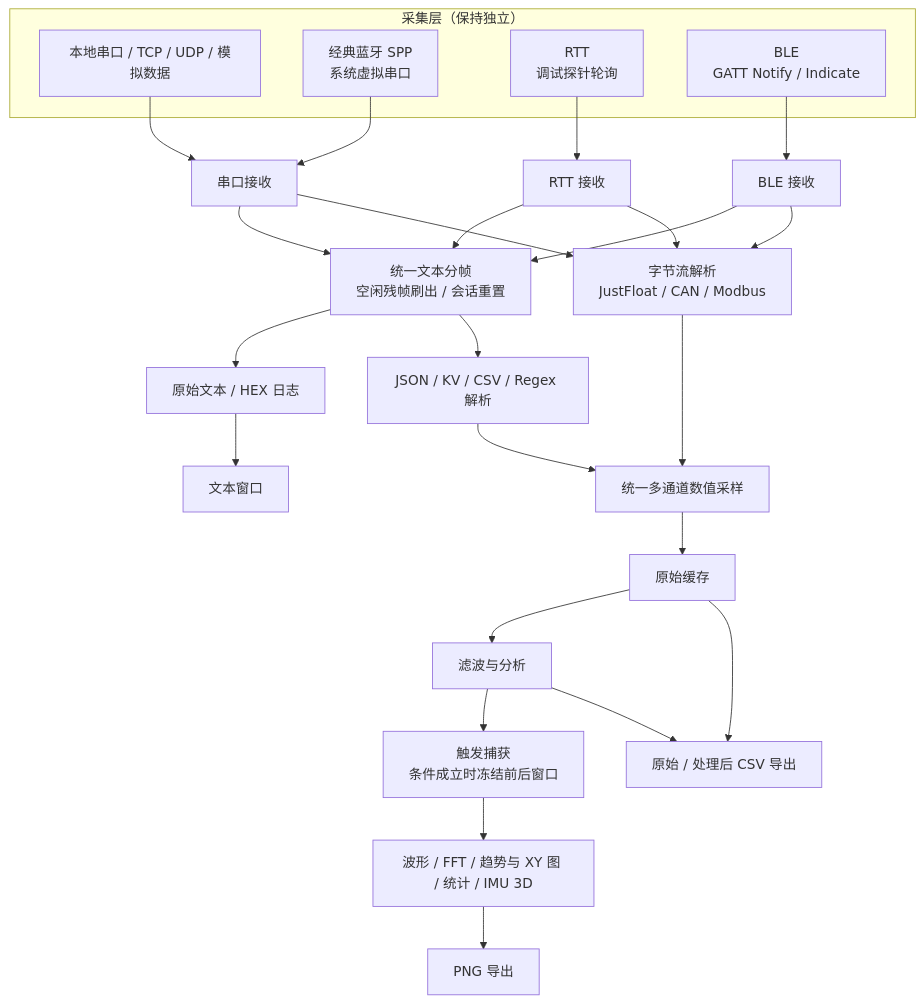
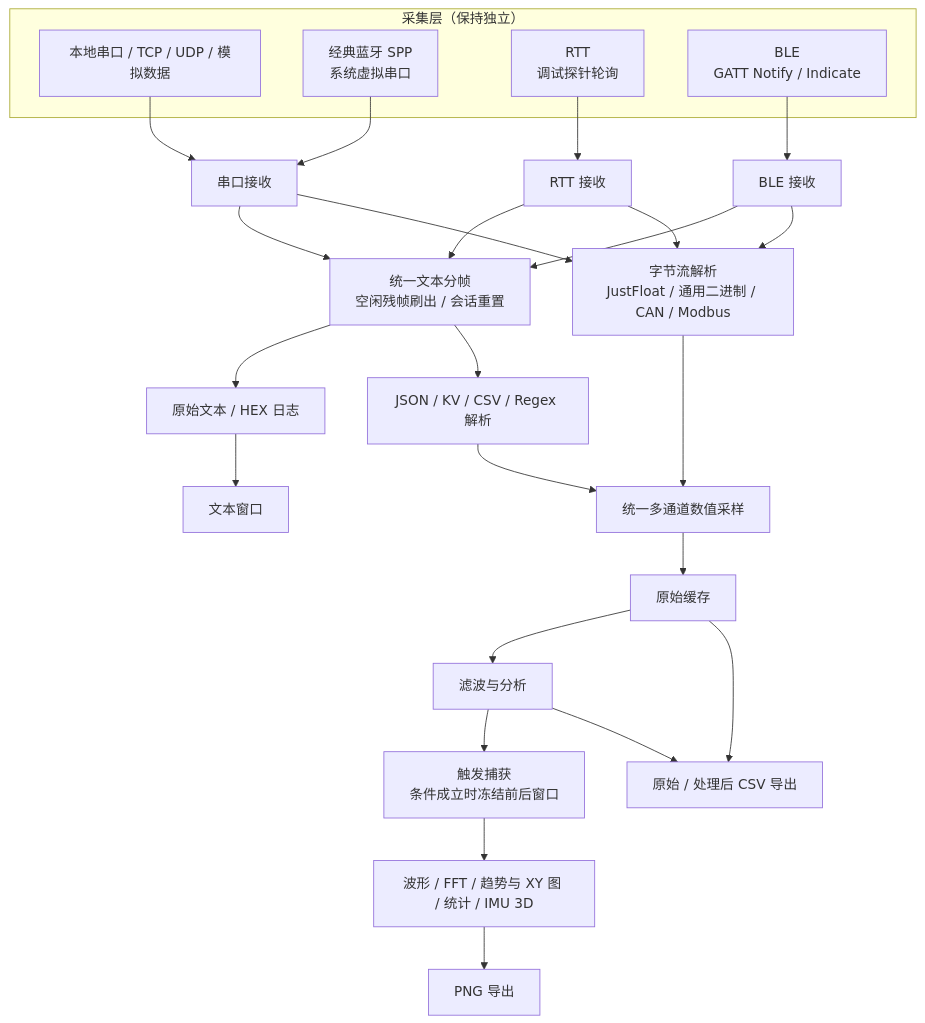
One commit to EmbeddedKitOrg/EK-OmniProbe changed the diagram in README.md. Above: the diagram before and after it, drawn with Mermaid. The commit also changed other lines of this file and 7 other files, not shown here.

````diff
--- a/README.md
+++ b/README.md
@@ -150,35 +153,35 @@
 ```mermaid
 flowchart TB
   subgraph acquisition["采集层（保持独立）"]
     SERIAL["本地串口 / TCP / UDP / 模拟数据"]
     SPP["经典蓝牙 SPP<br/>系统虚拟串口"]
     RTT["RTT<br/>调试探针轮询"]
     BLE["BLE<br/>GATT Notify / Indicate"]
   end
 
   SERIAL --> SERIAL_RX["串口接收"]
   SPP --> SERIAL_RX
   RTT --> RTT_RX["RTT 接收"]
   BLE --> BLE_RX["BLE 接收"]
 
   SERIAL_RX --> FRAME["统一文本分帧<br/>空闲残帧刷出 / 会话重置"]
   RTT_RX --> FRAME
   BLE_RX --> FRAME
 
   FRAME --> LOG["原始文本 / HEX 日志"]
   LOG --> TEXT_VIEW["文本窗口"]
   FRAME --> PARSE["JSON / KV / CSV / Regex 解析"]
-  SERIAL_RX --> BYTES["字节流解析<br/>JustFloat / CAN / Modbus"]
+  SERIAL_RX --> BYTES["字节流解析<br/>JustFloat / 通用二进制 / CAN / Modbus"]
   RTT_RX --> BYTES
   BLE_RX --> BYTES
 
   PARSE --> SAMPLE["统一多通道数值采样"]
   BYTES --> SAMPLE
   SAMPLE --> RAW["原始缓存"]
   RAW --> PROCESS["滤波与分析"]
   PROCESS --> TRIGGER["触发捕获<br/>条件成立时冻结前后窗口"]
   TRIGGER --> DISPLAY["波形 / FFT / 趋势与 XY 图 / 统计 / IMU 3D"]
   RAW --> CSV["原始 / 处理后 CSV 导出"]
   PROCESS --> CSV
   DISPLAY --> PNG["PNG 导出"]
 ```
````
